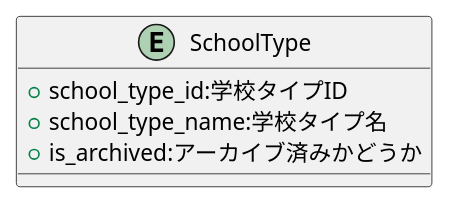
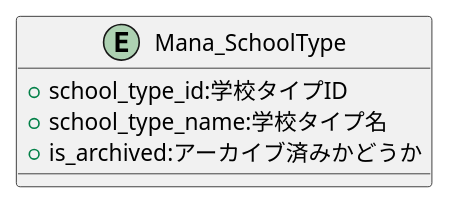
One commit to popoposorara/ERP_ER changed the diagram in Entity/Mana_SchoolType.pu. Above: the diagram before and after it, drawn with PlantUML. The commit also changed 30 other files, not shown here.

```diff
--- a/Entity/Mana_SchoolType.pu
+++ b/Entity/Mana_SchoolType.pu
@@ -1,9 +1,9 @@
 @startuml
 
-entity "SchoolType" {
+entity "Mana_SchoolType" {
     + school_type_id:学校タイプID
     + school_type_name:学校タイプ名
     + is_archived:アーカイブ済みかどうか
 }
 
 @enduml
```
